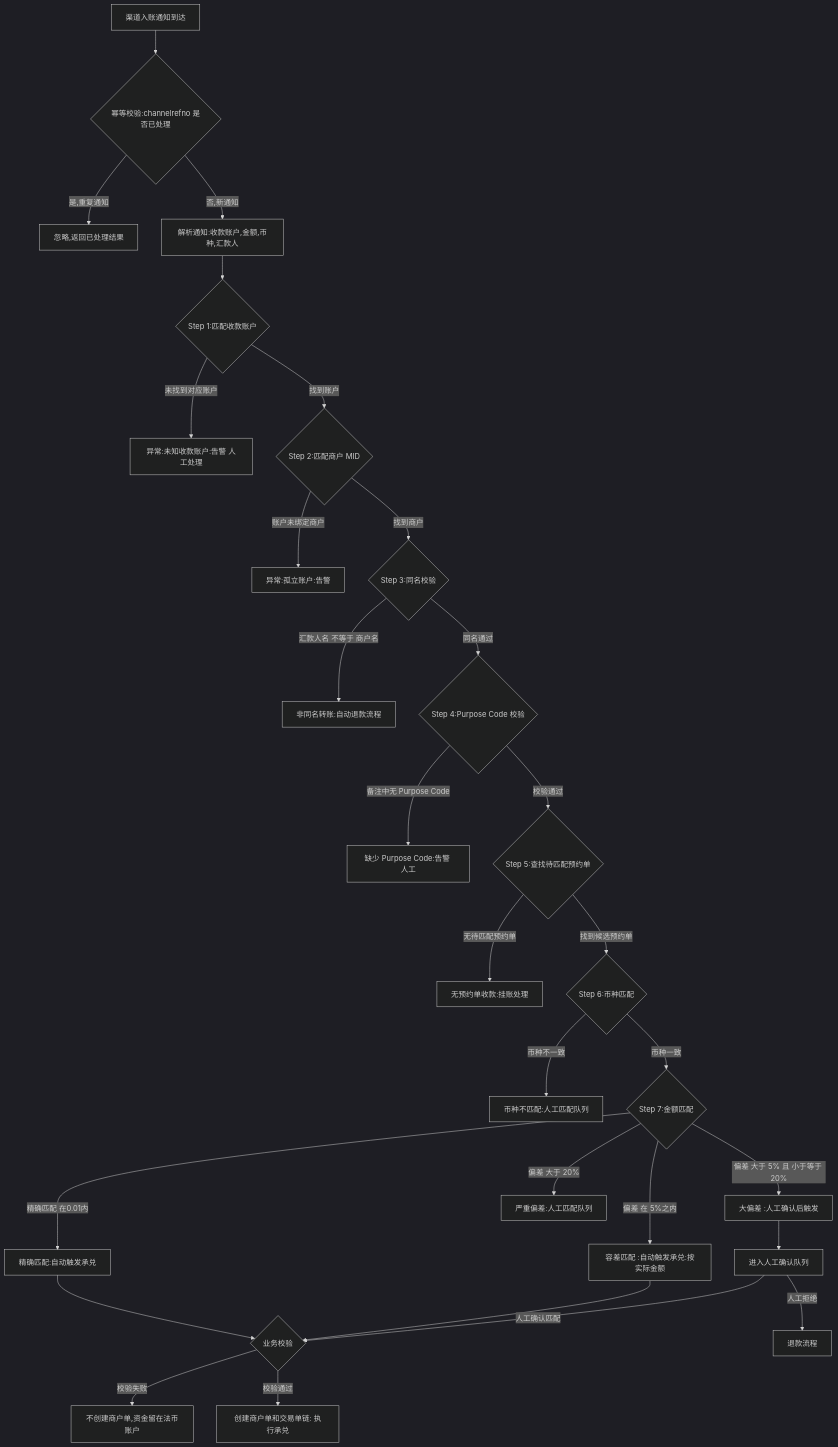
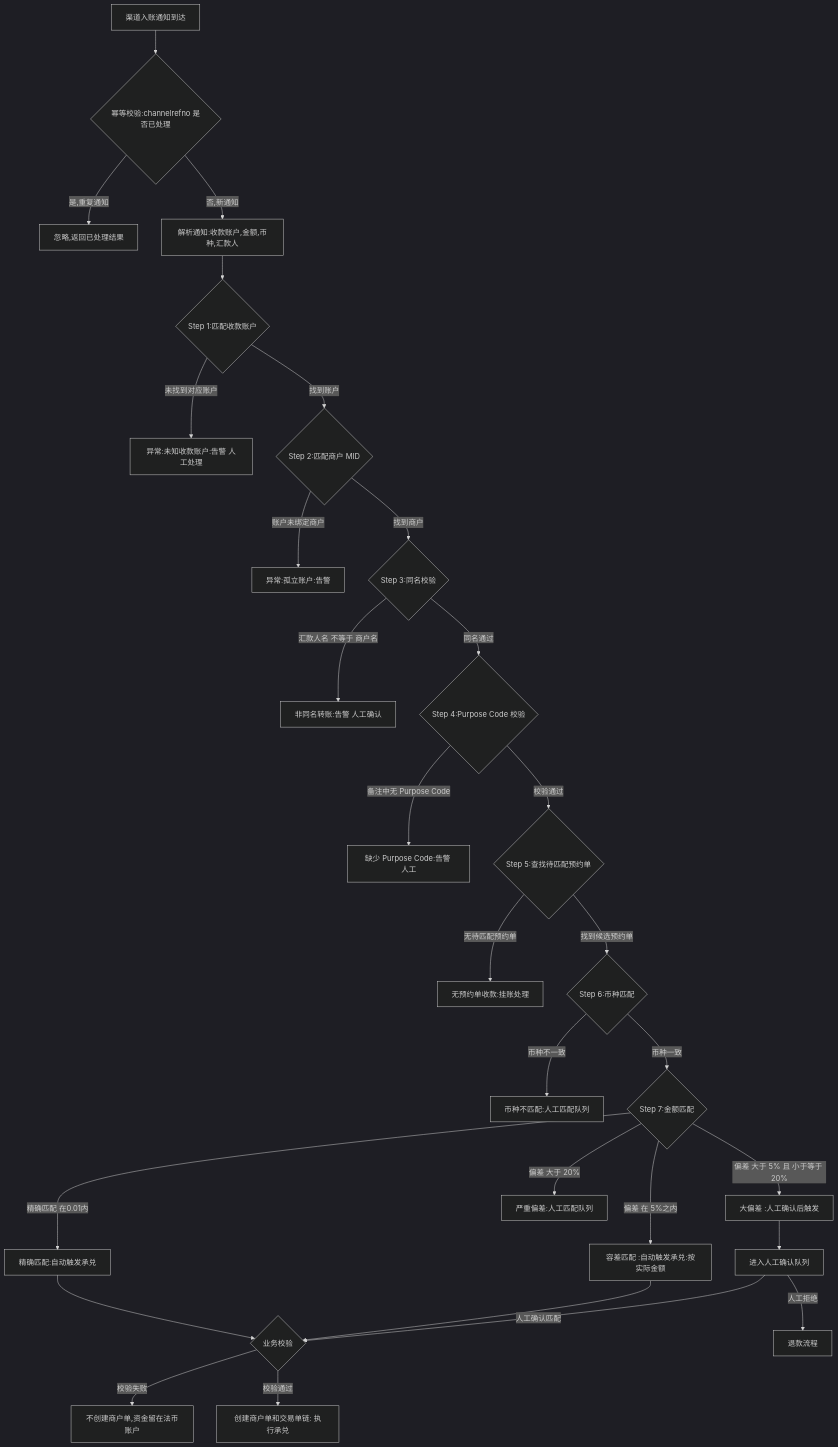
Before and after one commit to xiaoxiaoangie/EX-NEW: diagram 11 of 19 in onofframp/prd/onramp-complete.md, drawn with Mermaid (dark theme). The commit also changed other lines of this file and 8 other files, not shown here.

````diff
--- a/onofframp/prd/onramp-complete.md
+++ b/onofframp/prd/onramp-complete.md
@@ -1149,38 +1184,38 @@
 ```mermaid
 flowchart TD
     A[渠道入账通知到达] --> B{幂等校验:channelrefno 是否已处理}
     B -->|是,重复通知| B1[忽略,返回已处理结果]
     B -->|否,新通知| C[解析通知:收款账户,金额,币种,汇款人]
 
     C --> D{Step 1:匹配收款账户}
     D -->|未找到对应账户| D1[异常:未知收款账户:告警 人工处理]
     D -->|找到账户| E{Step 2:匹配商户 MID}
 
     E -->|账户未绑定商户| E1[异常:孤立账户:告警]
     E -->|找到商户| F{Step 3:同名校验}
 
-    F -->|汇款人名 不等于 商户名| F1[非同名转账:自动退款流程]
+    F -->|汇款人名 不等于 商户名| F1[非同名转账:告警 人工确认]
     F -->|同名通过| G{Step 4:Purpose Code 校验}
 
     G -->|备注中无 Purpose Code| G1[缺少 Purpose Code:告警 人工]
     G -->|校验通过| H{Step 5:查找待匹配预约单}
 
     H -->|无待匹配预约单| H1[无预约单收款:挂账处理]
     H -->|找到候选预约单| I{Step 6:币种匹配}
 
     I -->|币种不一致| I1[币种不匹配:人工匹配队列]
     I -->|币种一致| J{Step 7:金额匹配}
 
     J -->|精确匹配 在0.01内| J1[精确匹配:自动触发承兑]
     J -->|偏差 在 5%之内| J2[容差匹配 :自动触发承兑:按实际金额]
     J -->|偏差 大于 5% 且 小于等于 20%| J3[大偏差 :人工确认后触发]
     J -->|偏差 大于 20%| J4[ 严重偏差:人工匹配队列]
 
     J1 --> K0{业务校验}
     J2 --> K0
     K0 -->|校验失败| K1[不创建商户单,资金留在法币账户]
     K0 -->|校验通过| K[创建商户单和交易单链: 执行承兑]
     J3 --> L[进入人工确认队列]
     L -->|人工确认匹配| K0
     L -->|人工拒绝| M[退款流程]
 ```
````
